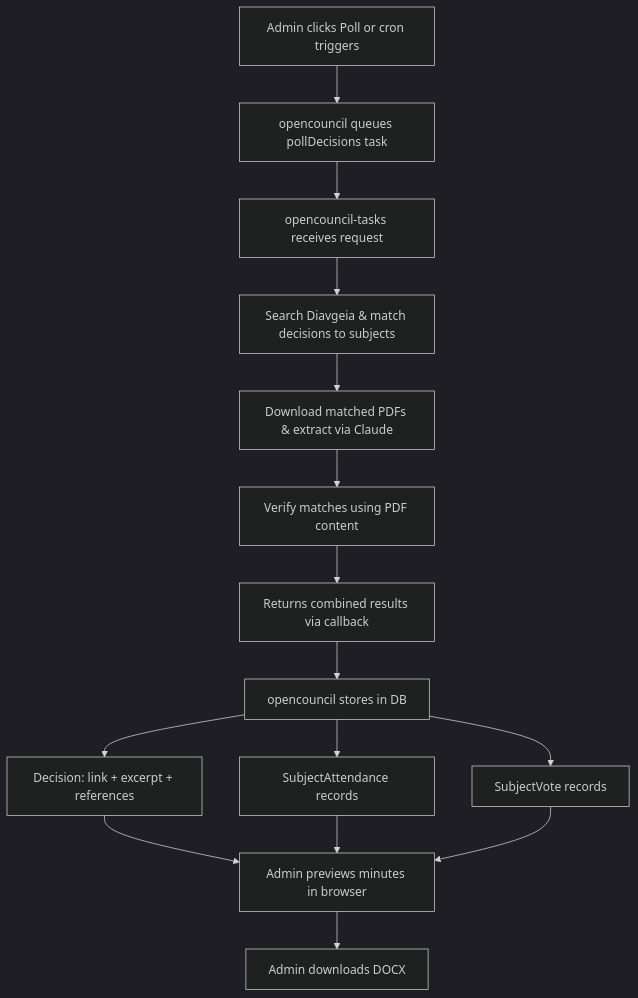
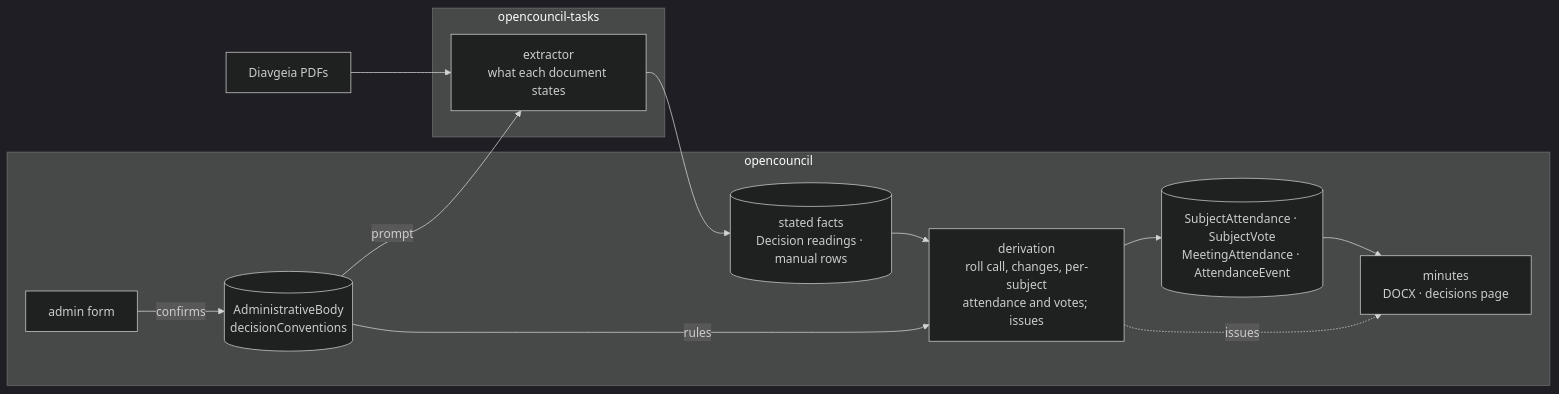
The second of 2 diagrams in docs/guides/meeting-minutes.md (kouloumos/opencouncil), drawn with Mermaid (dark theme) before and after one commit. The commit also changed other lines of this file, not shown here.

First line of the commit message:
docs(minutes): describe how a decision page becomes the minutes

````diff
--- a/docs/guides/meeting-minutes.md
+++ b/docs/guides/meeting-minutes.md
@@ -18,20 +50,23 @@
 ```mermaid
-flowchart TD
-    A[Admin clicks Poll or cron triggers] --> B[opencouncil queues pollDecisions task]
-    B --> C[opencouncil-tasks receives request]
-    C --> D[Search Diavgeia & match decisions to subjects]
-    D --> E[Download matched PDFs & extract via Claude]
-    E --> F[Verify matches using PDF content]
-    F --> G[Returns combined results via callback]
-    G --> H[opencouncil stores in DB]
+flowchart LR
+    PDF[Diavgeia PDFs]
 
-    H --> I[Decision: link + excerpt + references]
-    H --> J[SubjectAttendance records]
-    H --> K[SubjectVote records]
+    subgraph tasks [opencouncil-tasks]
+        X[extractor<br/>what each document states]
+    end
 
-    I --> L[Admin previews minutes in browser]
-    J --> L
-    K --> L
+    subgraph oc [opencouncil]
+        C[(AdministrativeBody<br/>decisionConventions)]
+        A[admin form]
+        F[(stated facts<br/>Decision readings · manual rows)]
+        D[derivation<br/>roll call, changes, per-subject<br/>attendance and votes; issues]
+        R[(SubjectAttendance · SubjectVote<br/>MeetingAttendance · AttendanceEvent)]
+        M[minutes<br/>DOCX · decisions page]
+    end
 
-    L --> M[Admin downloads DOCX]
+    PDF --> X --> F --> D --> R --> M
+    D -. issues .-> M
+    A -- confirms --> C
+    C -- prompt --> X
+    C -- rules --> D
 ```
````
